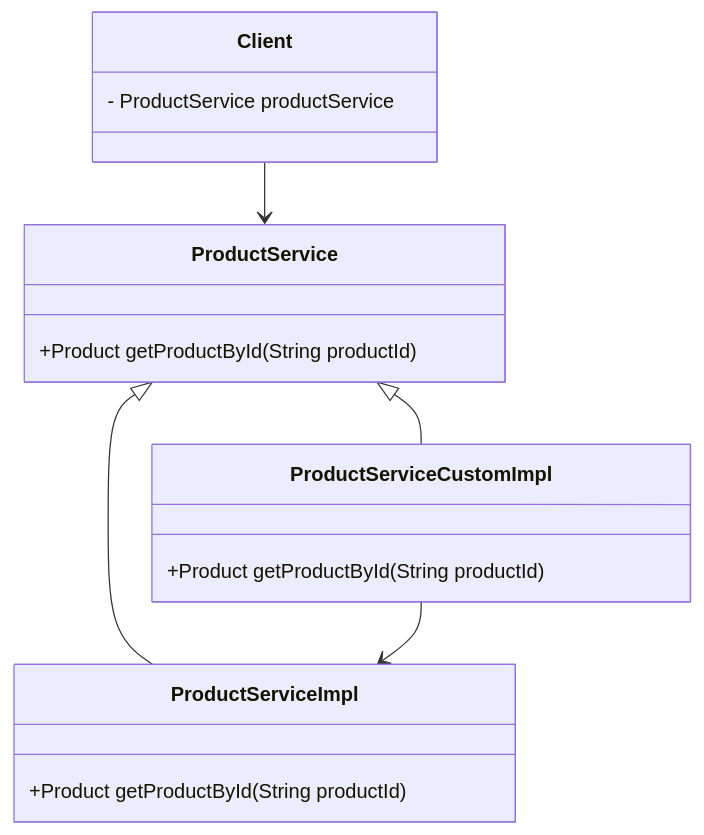
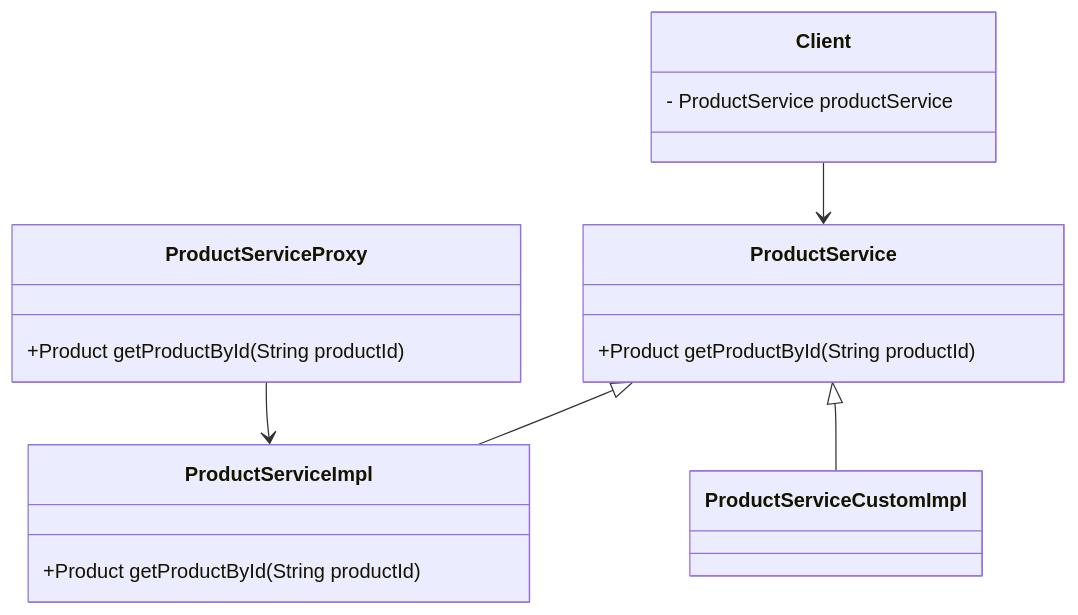
One commit to rajan596/Devs-Journal changed the first of 2 diagrams in LLD/LLD.md. Above: the diagram before and after it, drawn with Mermaid. The commit also changed other lines of this file, not shown here.

````diff
--- a/LLD/LLD.md
+++ b/LLD/LLD.md
@@ -256,17 +260,17 @@
 ```mermaid
 classDiagram
     Client --> ProductService
     ProductService <|-- ProductServiceImpl
     ProductService <|-- ProductServiceCustomImpl
-    ProductServiceCustomImpl --> ProductServiceImpl
+    ProductServiceProxy --> ProductServiceImpl
     ProductService : +Product getProductById(String productId)
     class Client {
         - ProductService productService
     }
     class ProductServiceImpl {
         +Product getProductById(String productId)
     }
-    class ProductServiceCustomImpl{
+    class ProductServiceProxy{
         +Product getProductById(String productId)    
     }
 ```
````
